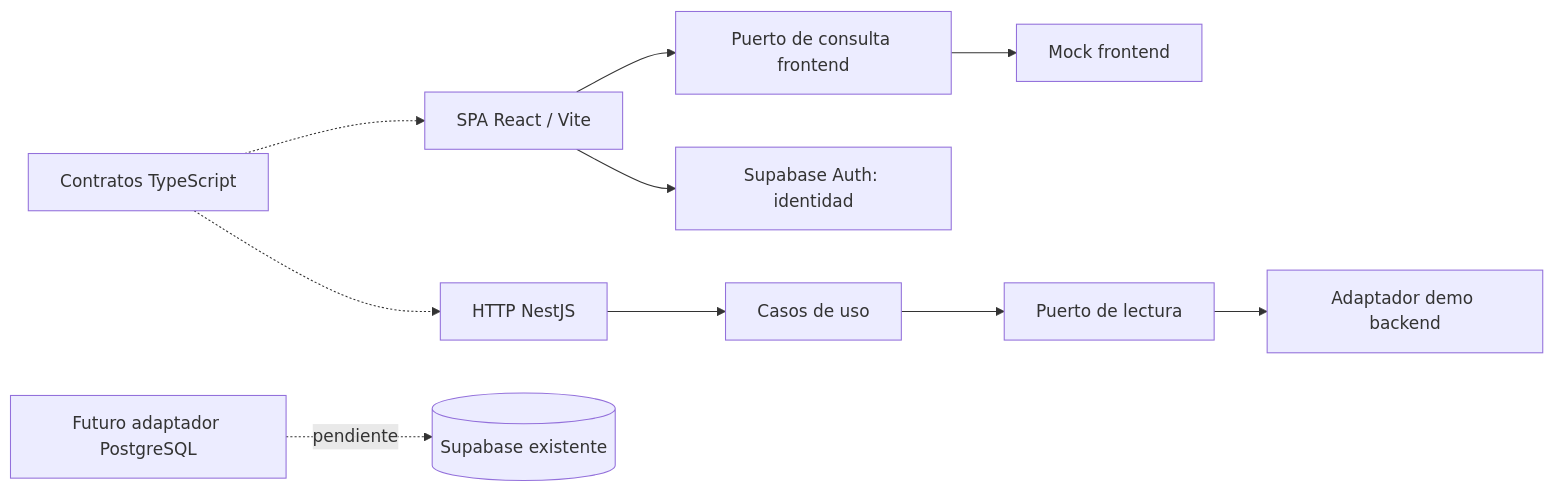
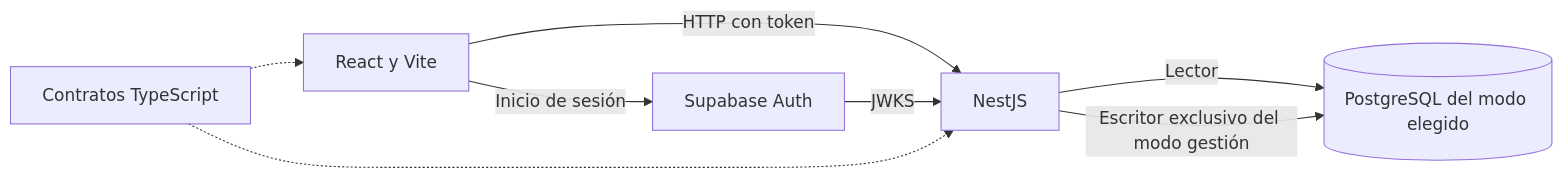
The diagram in docs/architecture/ARCHITECTURE.md (Leo-garnica/Cadena-Farmacias), drawn with Mermaid before and after one commit. The commit also changed other lines of this file and 10 other files, not shown here.

````diff
--- a/docs/architecture/ARCHITECTURE.md
+++ b/docs/architecture/ARCHITECTURE.md
@@ -13,12 +7,10 @@
 ```mermaid
 flowchart LR
-  UI[SPA React / Vite] --> F[Puerto de consulta frontend]
-  UI --> AUTH[Supabase Auth: identidad]
-  F --> FM[Mock frontend]
-  API[HTTP NestJS] --> APP[Casos de uso]
-  APP --> PORT[Puerto de lectura]
-  PORT --> DEMO[Adaptador demo backend]
-  C[Contratos TypeScript] -.-> UI
-  C -.-> API
-  FUT[Futuro adaptador PostgreSQL] -. pendiente .-> DB[(Supabase existente)]
+    Web[React y Vite] -->|Inicio de sesión| Auth[Supabase Auth]
+    Web -->|HTTP con token| Api[NestJS]
+    Auth -->|JWKS| Api
+    Api -->|Lector| Pg[(PostgreSQL del modo elegido)]
+    Api -->|Escritor exclusivo del modo gestión| Pg
+    Contratos[Contratos TypeScript] -.-> Web
+    Contratos -.-> Api
 ```
````
